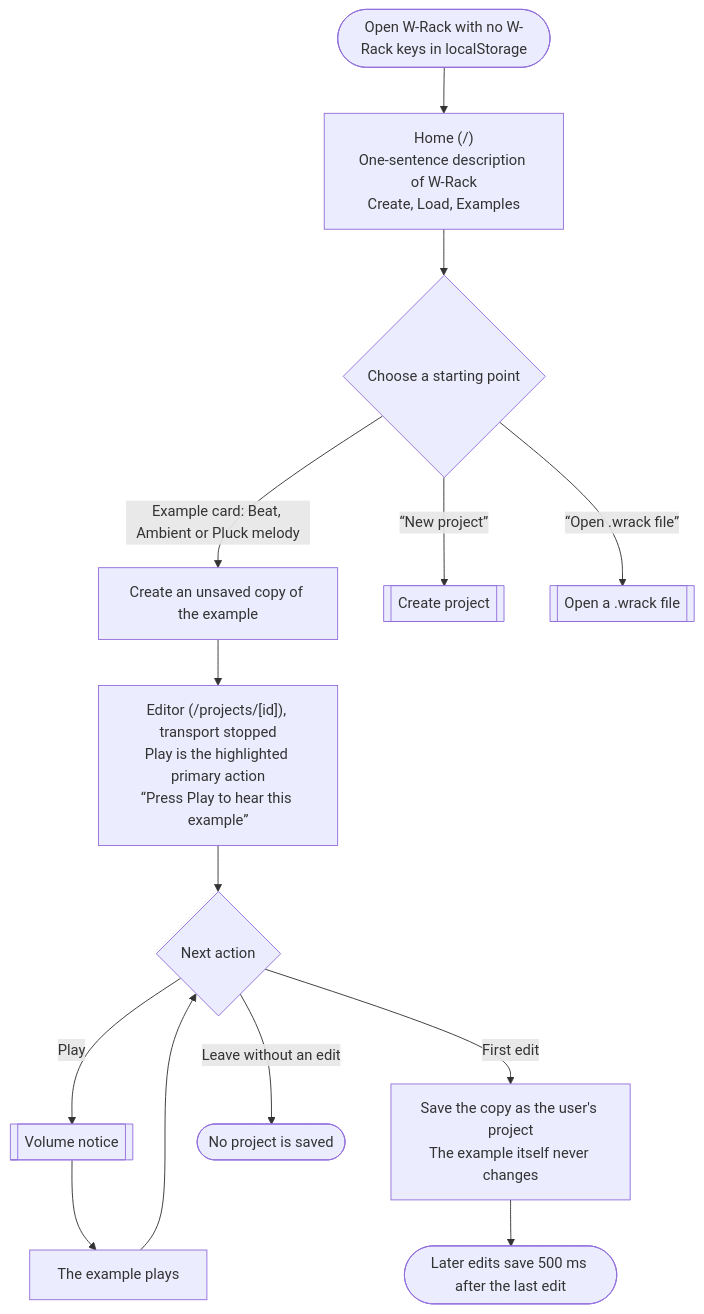
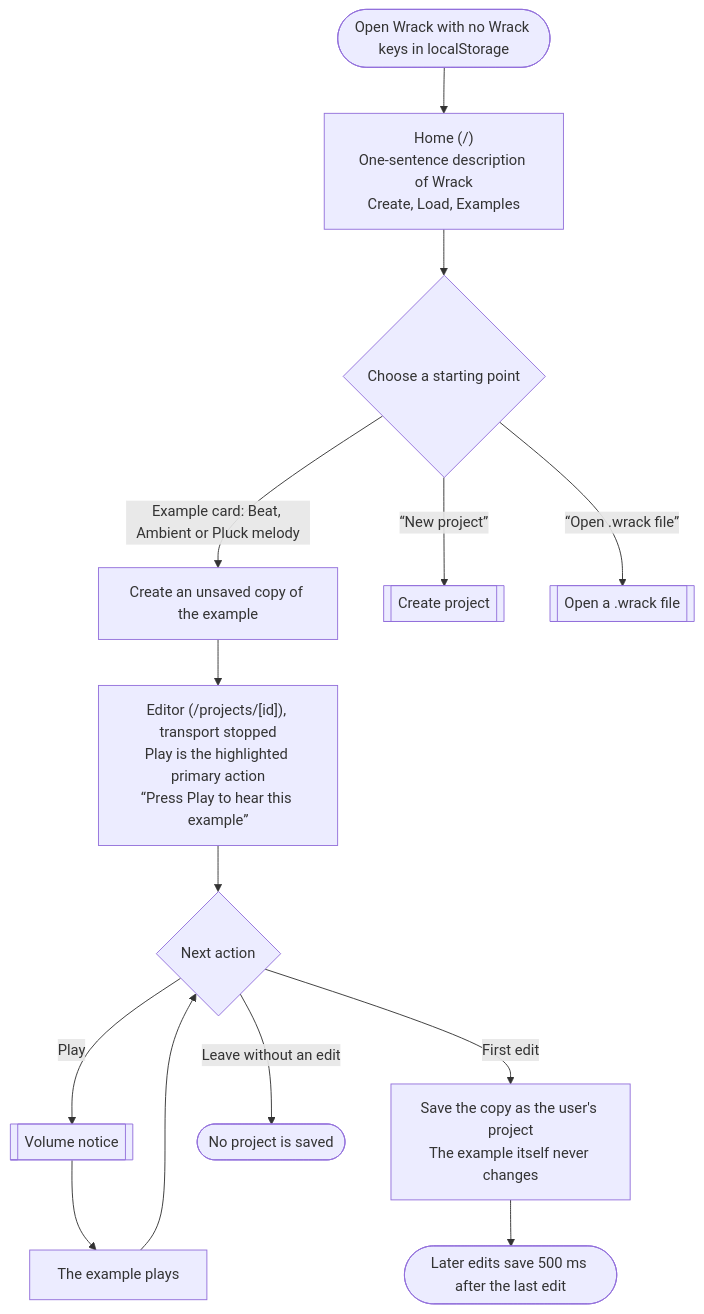
One commit to victor-almaraz/mpcs-51238-assignment-3 changed the first of 10 diagrams in README.md. Above: the diagram before and after it, drawn with Mermaid. The commit also changed other lines of this file and 58 other files, not shown here.

First line of the commit message:
chore: rename the app from W-Rack to Wrack

````diff
--- a/README.md
+++ b/README.md
@@ -15,16 +15,16 @@
 ```mermaid
 flowchart TD
-  fv_start(["Open W-Rack with no W-Rack keys in localStorage"]) --> fv_home["Home (/)<br/>One-sentence description of W-Rack<br/>Create, Load, Examples"]
+  fv_start(["Open Wrack with no Wrack keys in localStorage"]) --> fv_home["Home (/)<br/>One-sentence description of Wrack<br/>Create, Load, Examples"]
   fv_home --> fv_pick{"Choose a starting point"}
   fv_pick -->|"Example card: Beat, Ambient or Pluck melody"| fv_copy["Create an unsaved copy of the example"]
   fv_pick -->|"“New project”"| fv_create[["Create project"]]
   fv_pick -->|"“Open .wrack file”"| fv_open[["Open a .wrack file"]]
   fv_copy --> fv_editor["Editor (/projects/[id]), transport stopped<br/>Play is the highlighted primary action<br/>“Press Play to hear this example”"]
   fv_editor --> fv_act{"Next action"}
   fv_act -->|"Play"| fv_notice[["Volume notice"]]
   fv_notice --> fv_plays["The example plays"]
   fv_plays --> fv_act
   fv_act -->|"First edit"| fv_saved["Save the copy as the user's project<br/>The example itself never changes"]
   fv_saved --> fv_autosave(["Later edits save 500 ms after the last edit"])
   fv_act -->|"Leave without an edit"| fv_leave(["No project is saved"])
 ```
````
